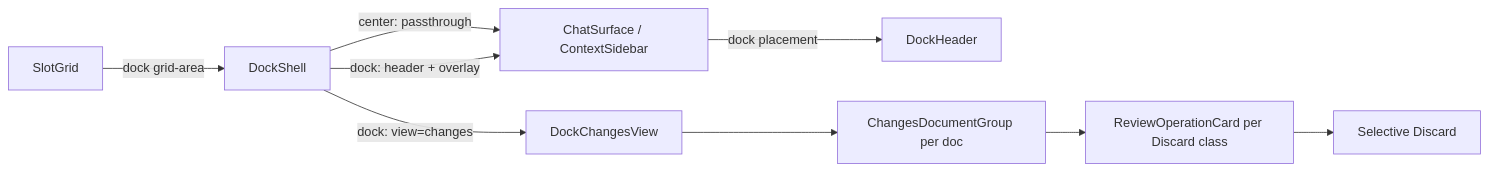
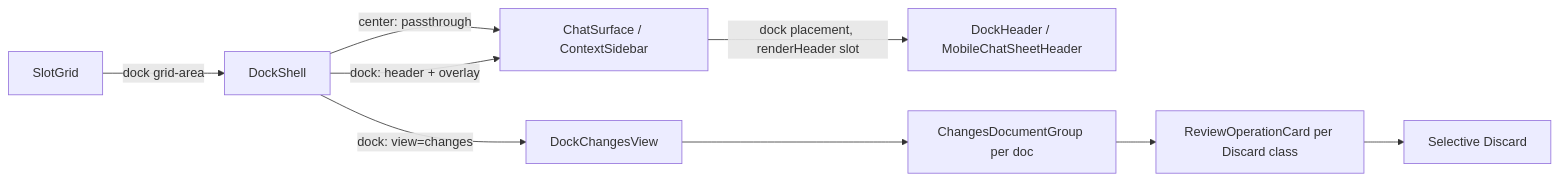
One commit to haowjy/meridian-flow changed the diagram in apps/app/src/features/project/dock/.context/CONTEXT.md. Above: the diagram before and after it, drawn with Mermaid. The commit also changed other lines of this file and 5 other files, not shown here.

First line of the commit message:
docs(project): describe the ChatDisplay contract and the desktop-only dock header

````diff
--- a/apps/app/src/features/project/dock/.context/CONTEXT.md
+++ b/apps/app/src/features/project/dock/.context/CONTEXT.md
@@ -106,11 +108,11 @@
 ```mermaid
 flowchart LR
     Grid[SlotGrid] -->|dock grid-area| DockShell
     DockShell -->|center: passthrough| Occupant[ChatSurface / ContextSidebar]
     DockShell -->|dock: header + overlay| Occupant
     DockShell -->|dock: view=changes| Changes[DockChangesView]
-    Occupant -->|dock placement| DockHeader
+    Occupant -->|dock placement, renderHeader slot| Header[DockHeader / MobileChatSheetHeader]
     Changes --> DocGroup[ChangesDocumentGroup per doc]
     DocGroup --> Card[ReviewOperationCard per Discard class]
     Card --> Verbs[Selective Discard]
 ```
````
